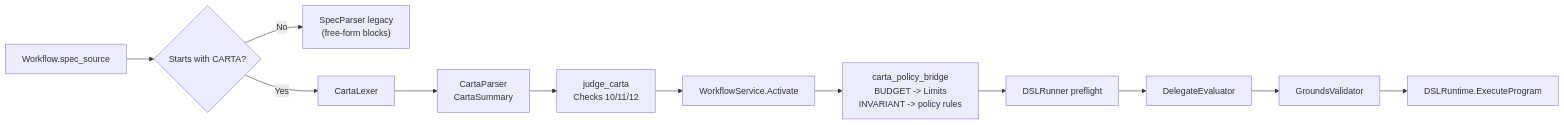
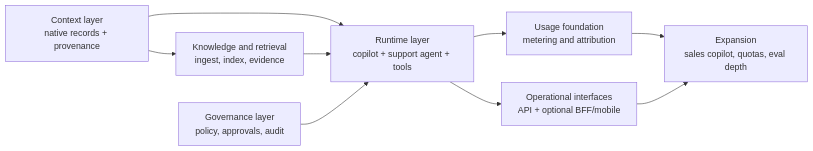
One commit to krukmat/fenix changed the fifth of 6 diagrams in docs/architecture.md. Above: the diagram before and after it, drawn with Mermaid. The commit also changed other lines of this file and 38 other files, not shown here.

````diff
--- a/docs/architecture.md
+++ b/docs/architecture.md
@@ -1120,14 +804,19 @@
 ```mermaid
 flowchart LR
-    SPEC["Workflow.spec_source"] --> DETECT{"Starts with CARTA?"}
-    DETECT -- "No" --> LEGACY["SpecParser legacy<br/>(free-form blocks)"]
-    DETECT -- "Yes" --> LEX["CartaLexer"]
-    LEX --> PARSE["CartaParser<br/>CartaSummary"]
-    PARSE --> JUDGE["judge_carta<br/>Checks 10/11/12"]
-    JUDGE --> ACTIVATE["WorkflowService.Activate"]
-    ACTIVATE --> BRIDGE["carta_policy_bridge<br/>BUDGET -> Limits<br/>INVARIANT -> policy rules"]
-    BRIDGE --> PREFLIGHT["DSLRunner preflight"]
-    PREFLIGHT --> DELEGATE["DelegateEvaluator"]
-    DELEGATE --> GROUNDS["GroundsValidator"]
-    GROUNDS --> DSL["DSLRuntime.ExecuteProgram"]
+    A["Context layer<br/>native records + provenance"]
+    B["Knowledge and retrieval<br/>ingest, index, evidence"]
+    C["Governance layer<br/>policy, approvals, audit"]
+    D["Runtime layer<br/>copilot + support agent + tools"]
+    E["Usage foundation<br/>metering and attribution"]
+    F["Operational interfaces<br/>API + optional BFF/mobile"]
+    G["Expansion<br/>sales copilot, quotas, eval depth"]
+
+    A --> B
+    A --> D
+    B --> D
+    C --> D
+    D --> E
+    D --> F
+    E --> G
+    F --> G
 ```
````
